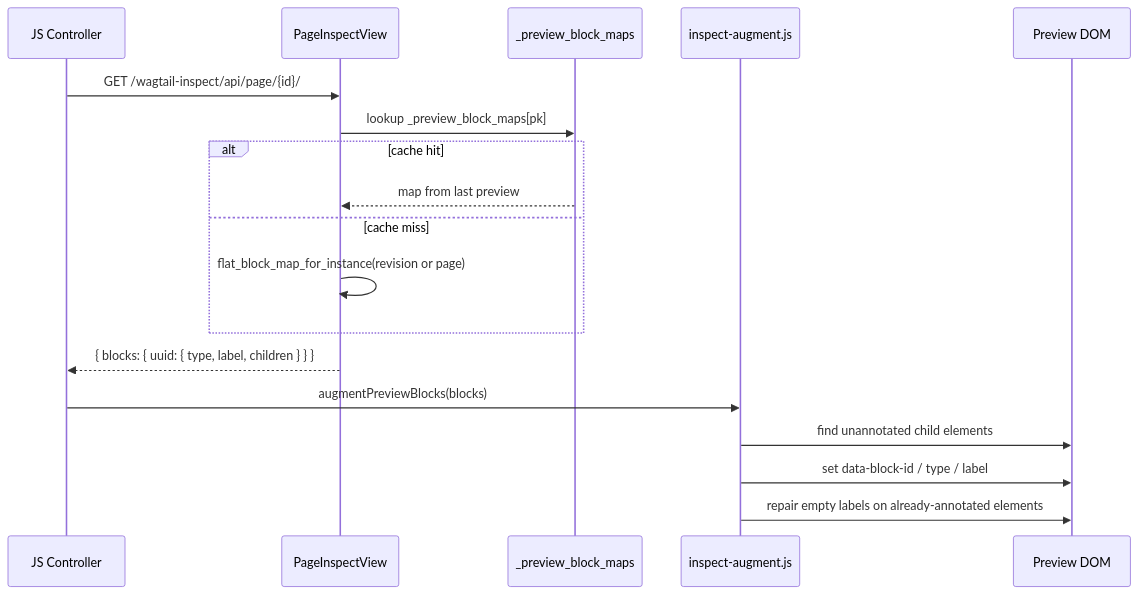
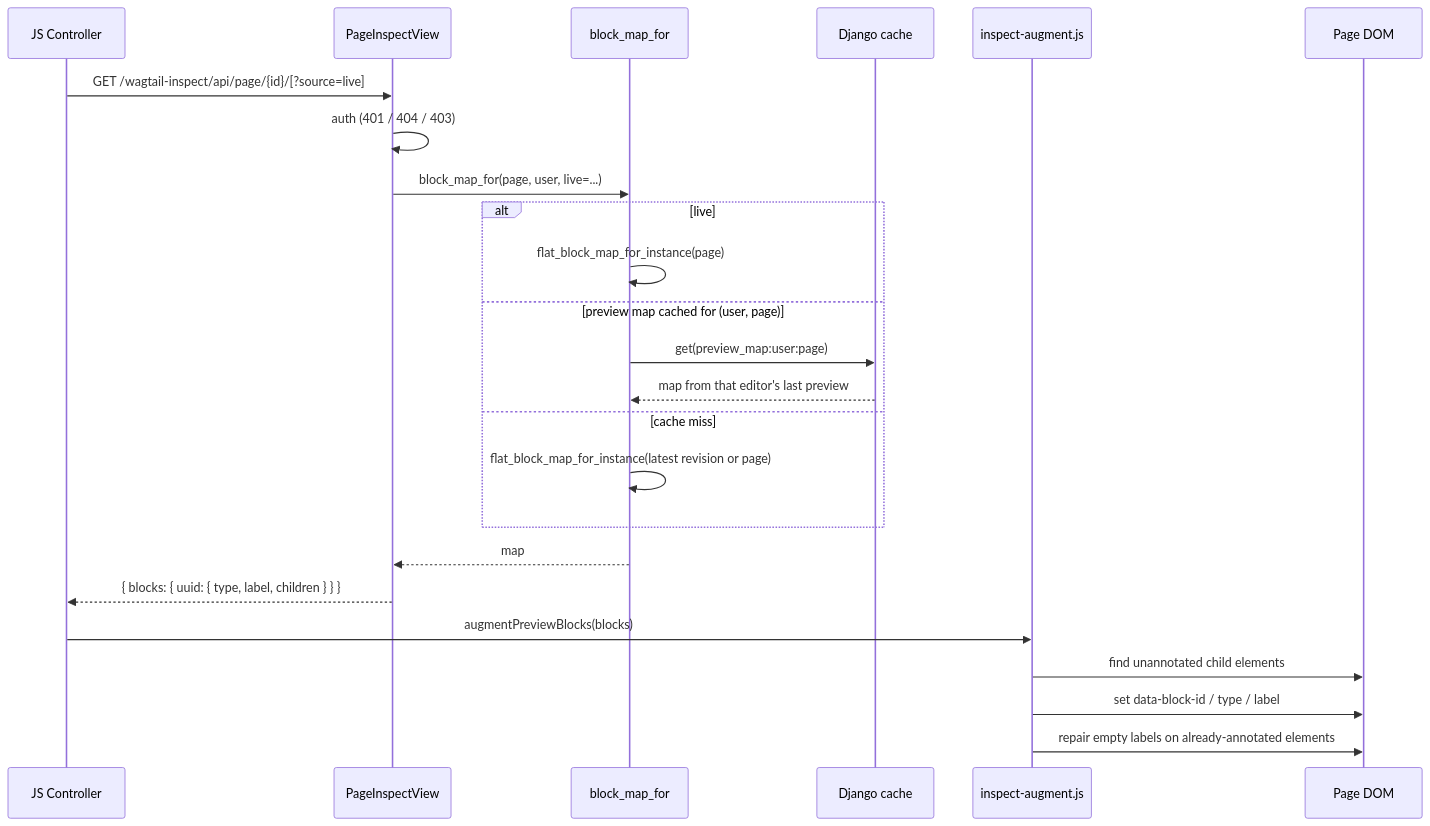
Before and after one commit to lincolnloop/wagtail-inspect: the fourth of 7 diagrams in docs/architecture.md, drawn with Mermaid. The commit also changed other lines of this file and 10 other files, not shown here.

Commit message:
Update docs for wagtail-block-ids and per-editor preview maps

````diff
--- a/docs/architecture.md
+++ b/docs/architecture.md
@@ -303,21 +240,27 @@
 ```mermaid
 sequenceDiagram
   participant Controller as JS Controller
   participant API as PageInspectView
-  participant Cache as _preview_block_maps
+  participant Map as block_map_for
+  participant Cache as Django cache
   participant Augment as inspect-augment.js
-  participant DOM as Preview DOM
+  participant DOM as Page DOM
 
-  Controller->>API: GET /wagtail-inspect/api/page/{id}/
-  API->>Cache: lookup _preview_block_maps[pk]
-  alt cache hit
-    Cache-->>API: map from last preview
+  Controller->>API: GET /wagtail-inspect/api/page/{id}/[?source=live]
+  API->>API: auth (401 / 404 / 403)
+  API->>Map: block_map_for(page, user, live=...)
+  alt live
+    Map->>Map: flat_block_map_for_instance(page)
+  else preview map cached for (user, page)
+    Map->>Cache: get(preview_map:user:page)
+    Cache-->>Map: map from that editor's last preview
   else cache miss
-    API->>API: flat_block_map_for_instance(revision or page)
+    Map->>Map: flat_block_map_for_instance(latest revision or page)
   end
+  Map-->>API: map
   API-->>Controller: { blocks: { uuid: { type, label, children } } }
   Controller->>Augment: augmentPreviewBlocks(blocks)
   Augment->>DOM: find unannotated child elements
   Augment->>DOM: set data-block-id / type / label
   Augment->>DOM: repair empty labels on already-annotated elements
 ```
````
